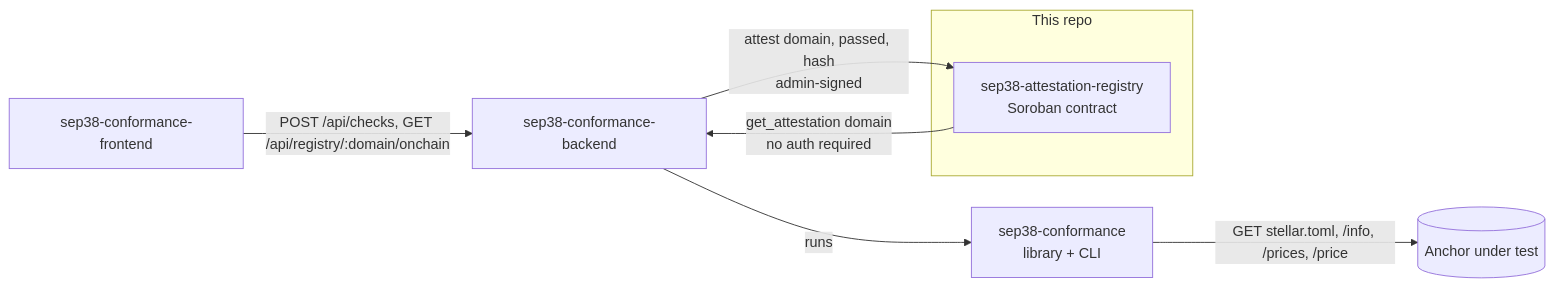
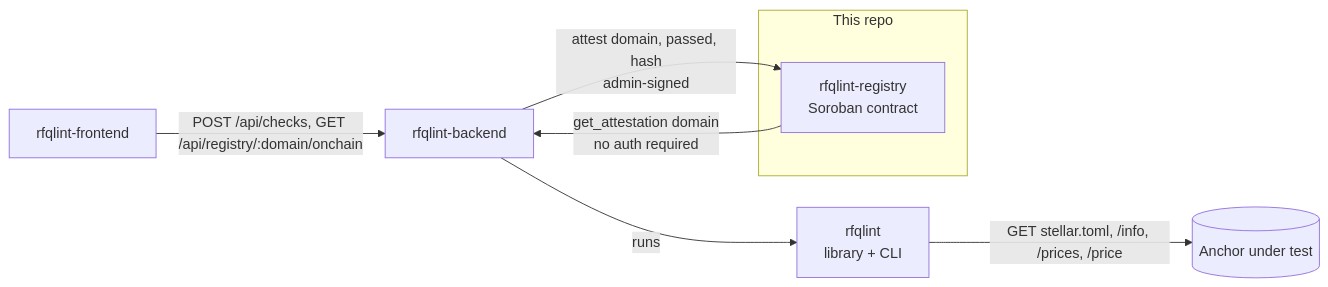
Before and after one commit to RFQLint/sep38-attestation-registry: the first of 3 diagrams in README.md, drawn with Mermaid. The commit also changed other lines of this file and 1 other file, not shown here.

First line of the commit message:
Rename project from sep38-attestation-registry to rfqlint-registry

````diff
--- a/README.md
+++ b/README.md
@@ -20,16 +20,16 @@
 ```mermaid
 flowchart LR
     Anchor[(Anchor under test)]
-    Lib[sep38-conformance<br/>library + CLI]
-    BE[sep38-conformance-backend]
+    Lib[rfqlint<br/>library + CLI]
+    BE[rfqlint-backend]
     subgraph This repo
-        Contract[sep38-attestation-registry<br/>Soroban contract]
+        Contract[rfqlint-registry<br/>Soroban contract]
     end
-    FE[sep38-conformance-frontend]
+    FE[rfqlint-frontend]
 
     Lib -->|GET stellar.toml, /info, /prices, /price| Anchor
     BE -->|runs| Lib
     BE -->|attest domain, passed, hash<br/>admin-signed| Contract
     Contract -->|get_attestation domain<br/>no auth required| BE
     FE -->|POST /api/checks, GET /api/registry/:domain/onchain| BE
 ```
````
